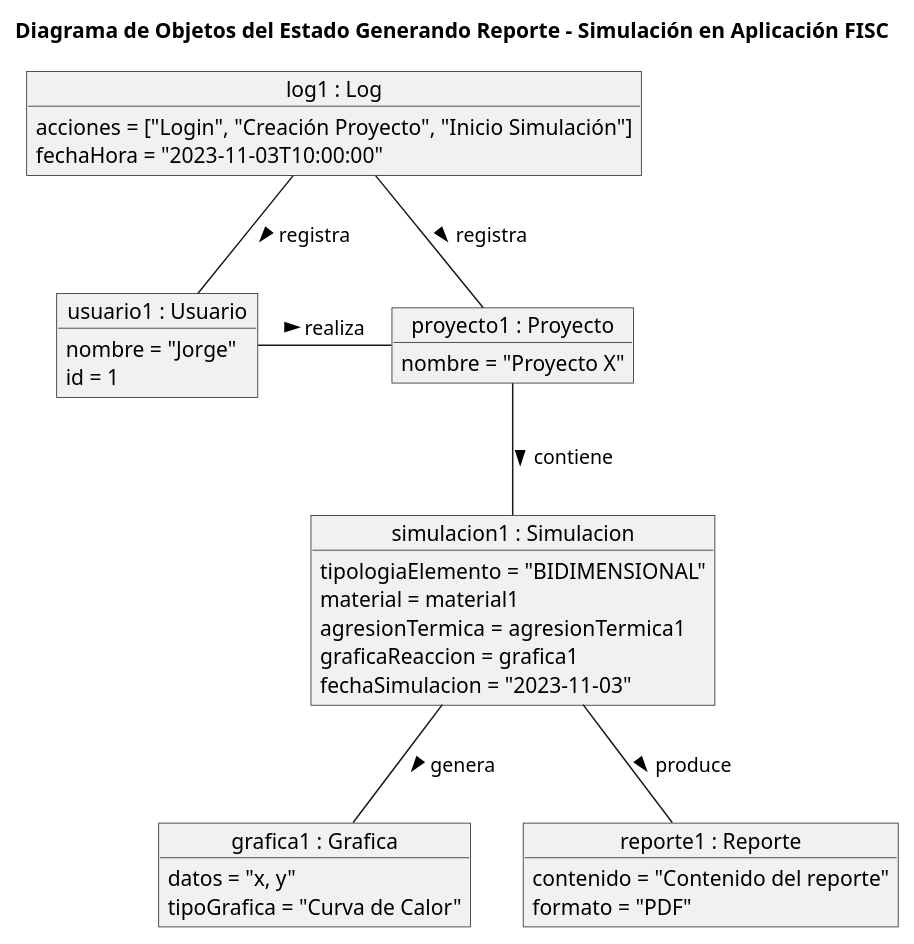
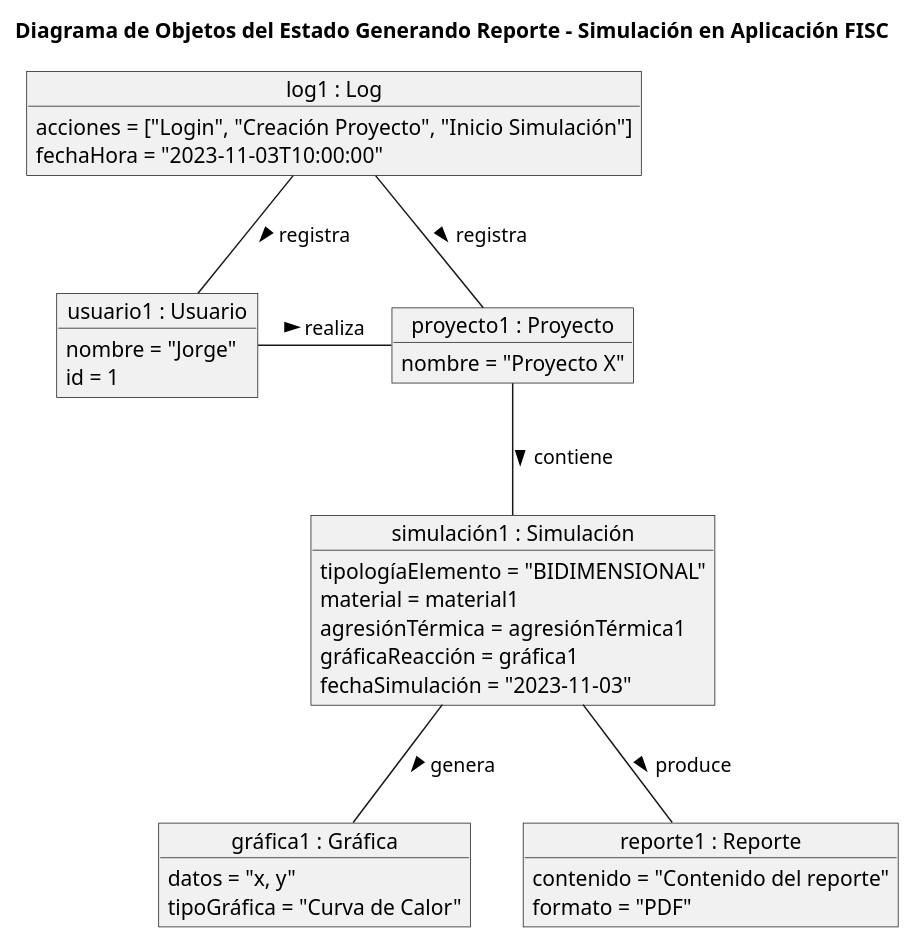
Before and after one commit to mmasias/23-24-IdSw1-SDR: the diagram in modelosUML/diagramaObjetos.puml, drawn with PlantUML. The commit also changed 1 other file, not shown here.

Commit message:
correccion diagrama objetos

```diff
--- a/modelosUML/diagramaObjetos.puml
+++ b/modelosUML/diagramaObjetos.puml
@@ -1,44 +1,44 @@
 @startuml
 
 title Diagrama de Objetos del Estado Generando Reporte - Simulación en Aplicación FISC
 
 object "usuario1 : Usuario" as usuario1 {
     nombre = "Jorge"
     id = 1
 }
 
 object "proyecto1 : Proyecto" as proyecto1 {
     nombre = "Proyecto X"
 }
 
-object "simulacion1 : Simulacion" as simulacion1 {
-    tipologiaElemento = "BIDIMENSIONAL"
+object "simulación1 : Simulación" as simulación1 {
+    tipologíaElemento = "BIDIMENSIONAL"
     material = material1
-    agresionTermica = agresionTermica1
-    graficaReaccion = grafica1
-    fechaSimulacion = "2023-11-03"
+    agresiónTérmica = agresiónTérmica1
+    gráficaReacción = gráfica1
+    fechaSimulación = "2023-11-03"
 }
 
-object "grafica1 : Grafica" as grafica1 {
+object "gráfica1 : Gráfica" as gráfica1 {
     datos = "x, y"
-    tipoGrafica = "Curva de Calor"
+    tipoGráfica = "Curva de Calor"
 }
 
 object "log1 : Log" as log1 {
     acciones = ["Login", "Creación Proyecto", "Inicio Simulación"]
     fechaHora = "2023-11-03T10:00:00"
 }
 
 object "reporte1 : Reporte" as reporte1 {
     contenido = "Contenido del reporte"
     formato = "PDF"
 }
 
 usuario1 - proyecto1 : "realiza >"
-proyecto1 -- simulacion1 : "contiene >"
-simulacion1 -- grafica1 : "genera >"
-simulacion1 -- reporte1 : "produce >"
+proyecto1 -- simulación1 : "contiene >"
+simulación1 -- gráfica1 : "genera >"
+simulación1 -- reporte1 : "produce >"
 log1 -- usuario1: "registra >"
 log1 -- proyecto1 : "registra >"
 
 @enduml
```
